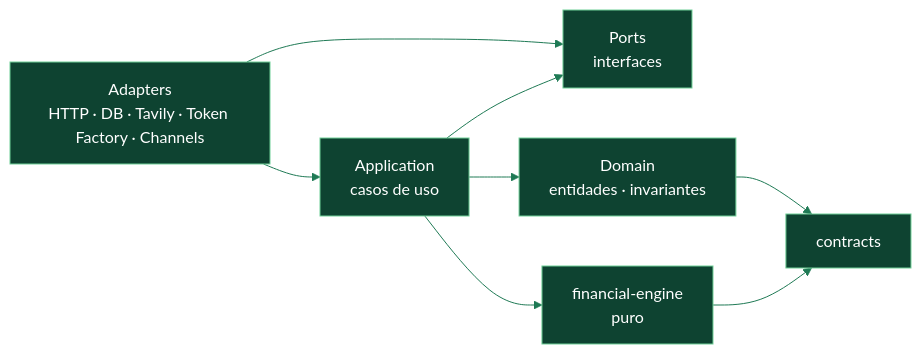
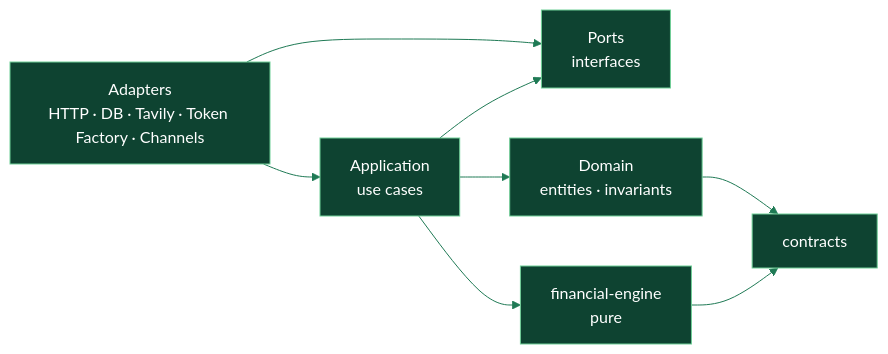
One commit to HCHAPS404/FINCH changed the first of 2 diagrams in docs/architecture/SOFTWARE-ARCHITECTURE.md. Above: the diagram before and after it, drawn with Mermaid. The commit also changed other lines of this file and 177 other files, not shown here.

````diff
--- a/docs/architecture/SOFTWARE-ARCHITECTURE.md
+++ b/docs/architecture/SOFTWARE-ARCHITECTURE.md
@@ -25,11 +25,11 @@
 ```mermaid
-%%{init: {'theme':'base','themeVariables':{'primaryColor':'#0E4331','primaryTextColor':'#FFFFFF','primaryBorderColor':'#6FCF97','lineColor':'#1F7A55','secondaryColor':'#A7E3C1','tertiaryColor':'#F4F7F5'}}}%%
+%%{init: {'theme':'base','themeVariables':{'primaryColor':'#0E4331','primaryTextColor':'#FFFFFF','nodeTextColor':'#FFFFFF','primaryBorderColor':'#6FCF97','lineColor':'#1F7A55','secondaryColor':'#A7E3C1','tertiaryColor':'#F4F7F5','textColor':'#053F2B','titleColor':'#053F2B','edgeLabelBackground':'#145C40','clusterBkg':'#F4F7F5','clusterBorder':'#A7E3C1'}}}%%
 flowchart LR
   AD[Adapters<br/>HTTP · DB · Tavily · Token Factory · Channels] --> PO[Ports<br/>interfaces]
-  AP[Application<br/>casos de uso] --> PO
+  AP[Application<br/>use cases] --> PO
   AD --> AP
-  AP --> DO[Domain<br/>entidades · invariantes]
-  AP --> EN[financial-engine<br/>puro]
+  AP --> DO[Domain<br/>entities · invariants]
+  AP --> EN[financial-engine<br/>pure]
   DO --> CT[contracts]
   EN --> CT
 ```
````
